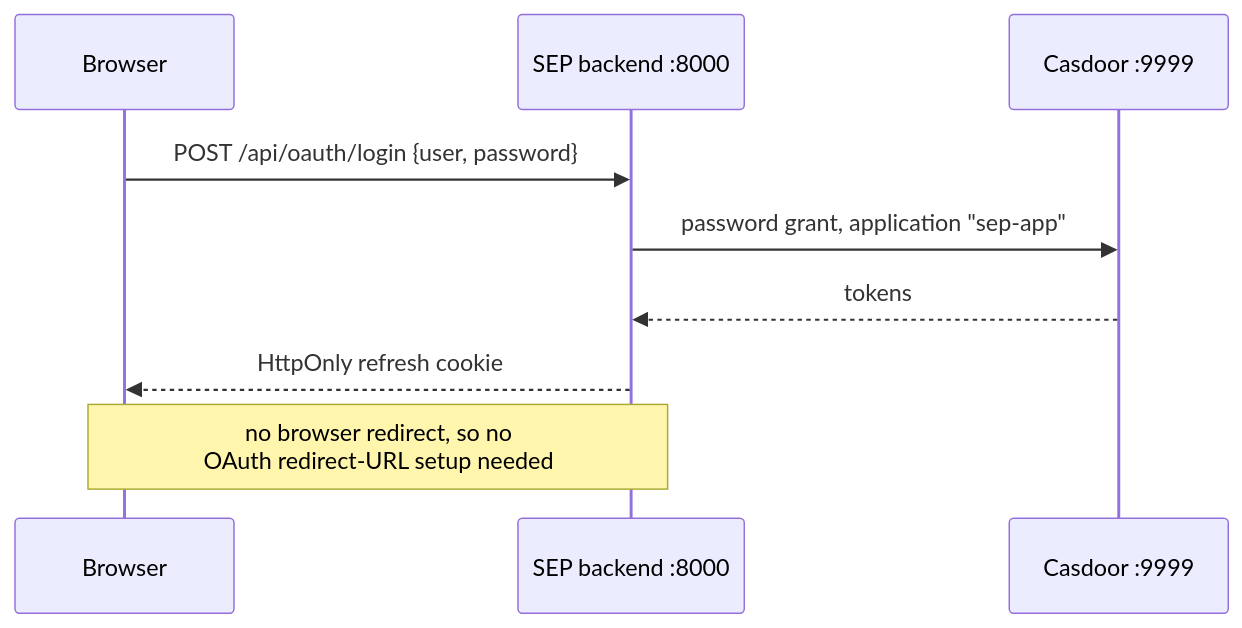
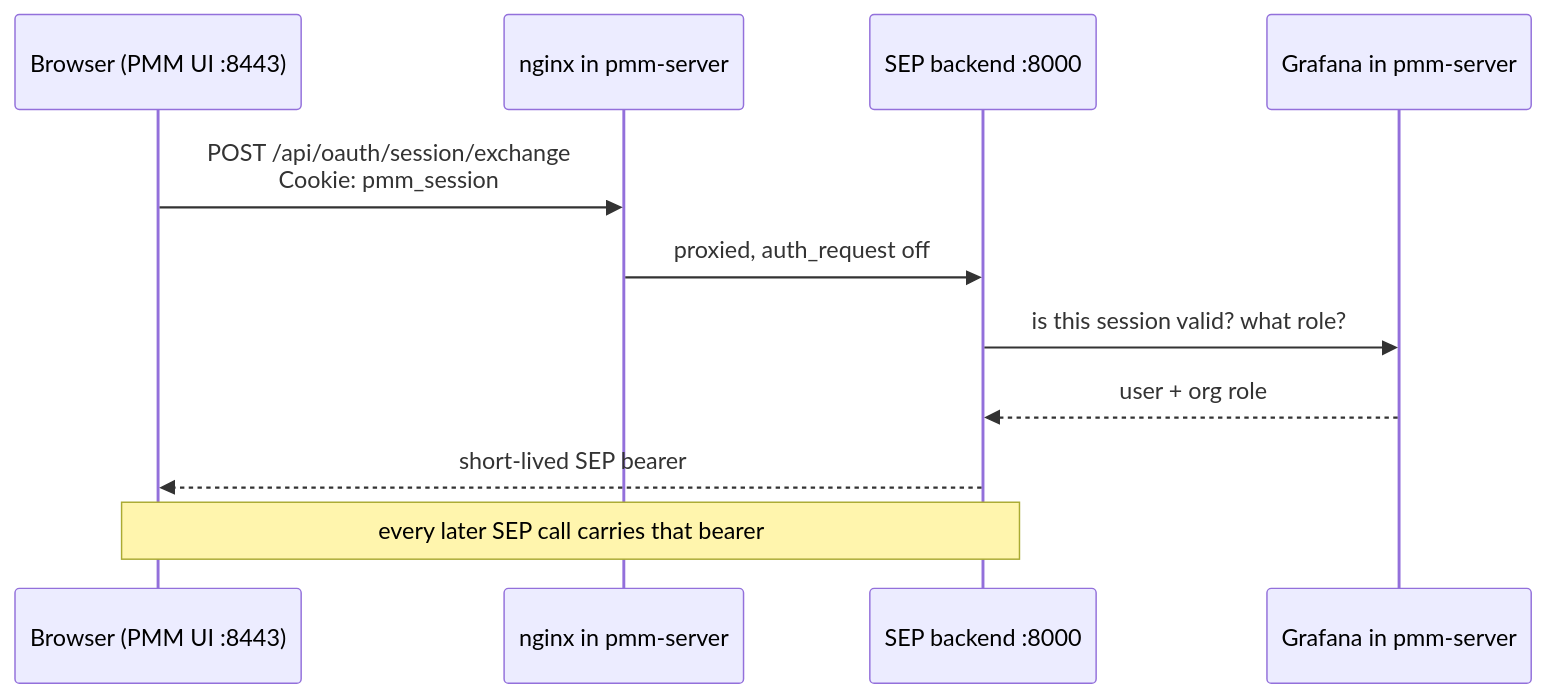
Before and after one commit to Percona-Lab/pom-workspace: the tenth of 11 diagrams in docs/topology.md, drawn with Mermaid. The commit also changed other lines of this file and 5 other files, not shown here.

````diff
--- a/docs/topology.md
+++ b/docs/topology.md
@@ -467,12 +731,14 @@
 ```mermaid
 sequenceDiagram
-    participant B as Browser
+    participant B as Browser (PMM UI :8443)
+    participant NG as nginx in pmm-server
     participant SEP as SEP backend :8000
-    participant C as Casdoor :9999
+    participant GF as Grafana in pmm-server
 
-    B->>SEP: POST /api/oauth/login {user, password}
-    SEP->>C: password grant, application "sep-app"
-    C-->>SEP: tokens
-    SEP-->>B: HttpOnly refresh cookie
-    Note over B,SEP: no browser redirect, so no <br/>OAuth redirect-URL setup needed
+    B->>NG: POST /api/oauth/session/exchange<br/>Cookie: pmm_session
+    NG->>SEP: proxied, auth_request off
+    SEP->>GF: is this session valid? what role?
+    GF-->>SEP: user + org role
+    SEP-->>B: short-lived SEP bearer
+    Note over B,SEP: every later SEP call carries that bearer
 ```
````
